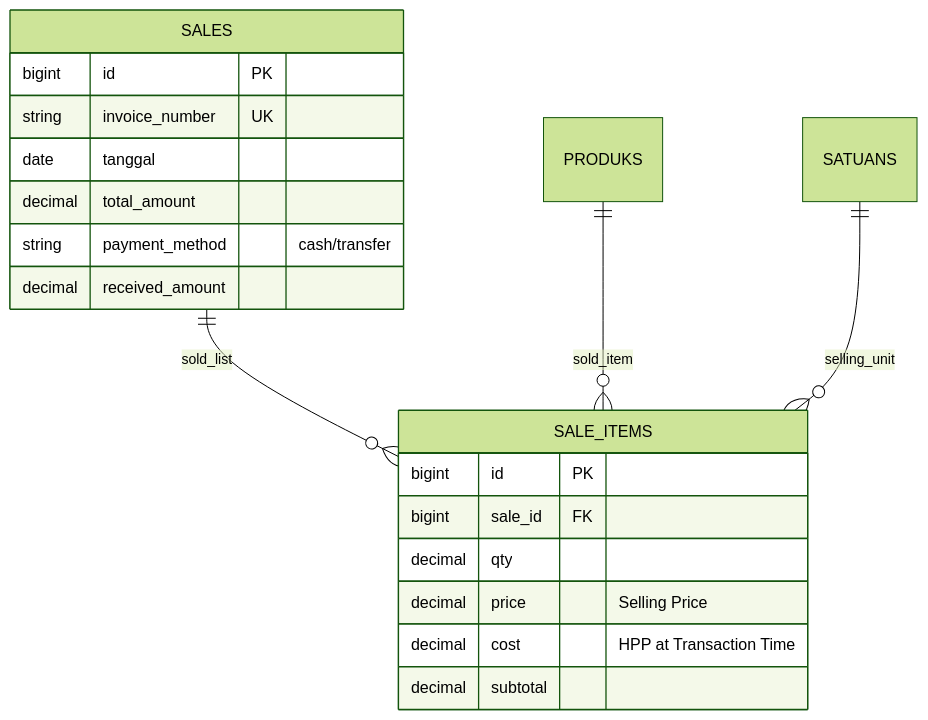
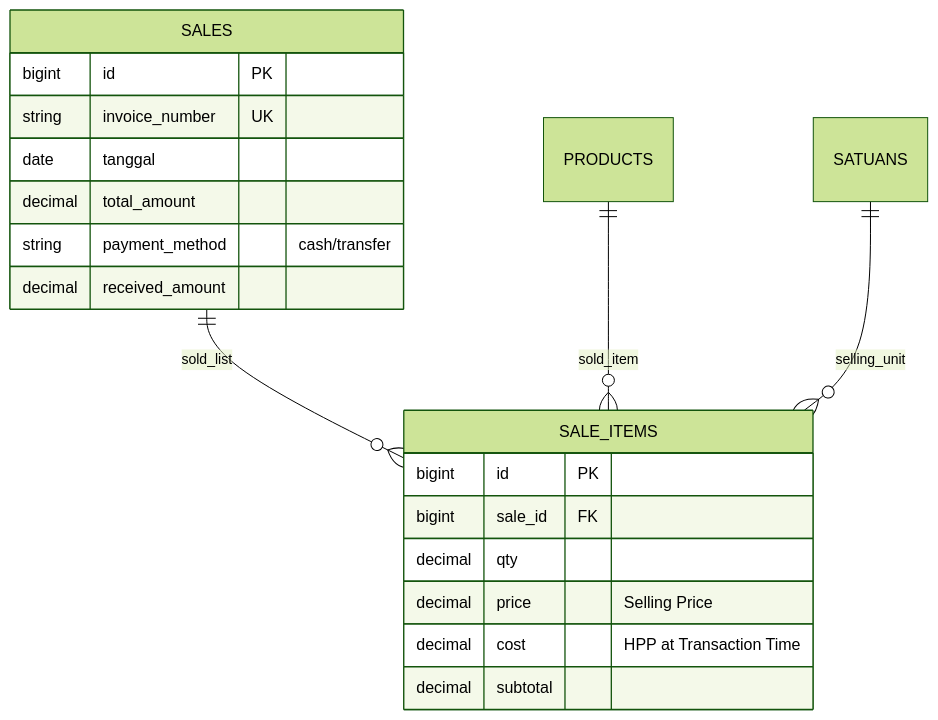
One commit to ubaidillahfaris/erp changed the diagram in database/erd/04_Sales_Flow.md. Above: the diagram before and after it, drawn with Mermaid (forest theme). The commit also changed 298 other files, not shown here.

````diff
--- a/database/erd/04_Sales_Flow.md
+++ b/database/erd/04_Sales_Flow.md
@@ -5,23 +5,23 @@
 ```mermaid
 erDiagram
     SALES ||--o{ SALE_ITEMS : "sold_list"
-    PRODUKS ||--o{ SALE_ITEMS : "sold_item"
+    PRODUCTS ||--o{ SALE_ITEMS : "sold_item"
     SATUANS ||--o{ SALE_ITEMS : "selling_unit"
 
     SALES {
         bigint id PK
         string invoice_number UK
         date tanggal
         decimal total_amount
         string payment_method "cash/transfer"
         decimal received_amount
     }
     SALE_ITEMS {
         bigint id PK
         bigint sale_id FK
         decimal qty
         decimal price "Selling Price"
         decimal cost "HPP at Transaction Time"
         decimal subtotal
     }
 ```
````
